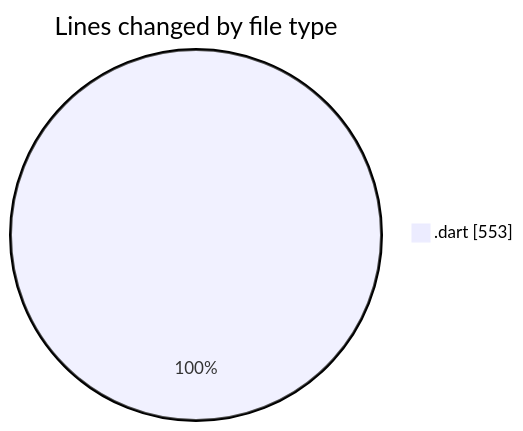
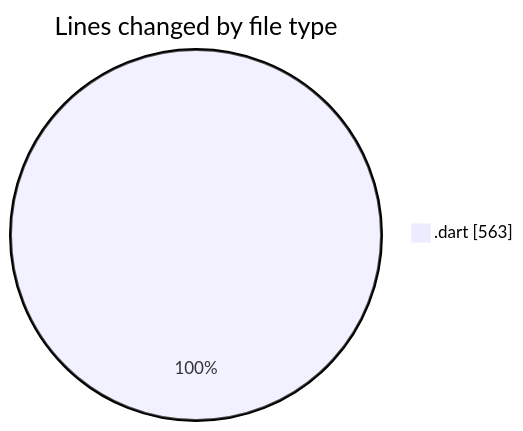
Before and after one commit to donsfak/code-tracking: the first of 2 diagrams in 2025-01-15/trackers_app/README.md, drawn with Mermaid. The commit also changed other lines of this file and 1 other file, not shown here.

````diff
--- a/2025-01-15/trackers_app/README.md
+++ b/2025-01-15/trackers_app/README.md
@@ -23,5 +23,5 @@
 ```mermaid
 pie showData
 title Lines changed by file type
-".dart" : 553
+".dart" : 563
 ```
````
